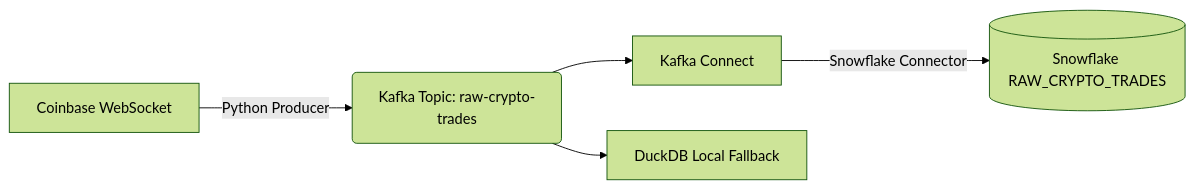
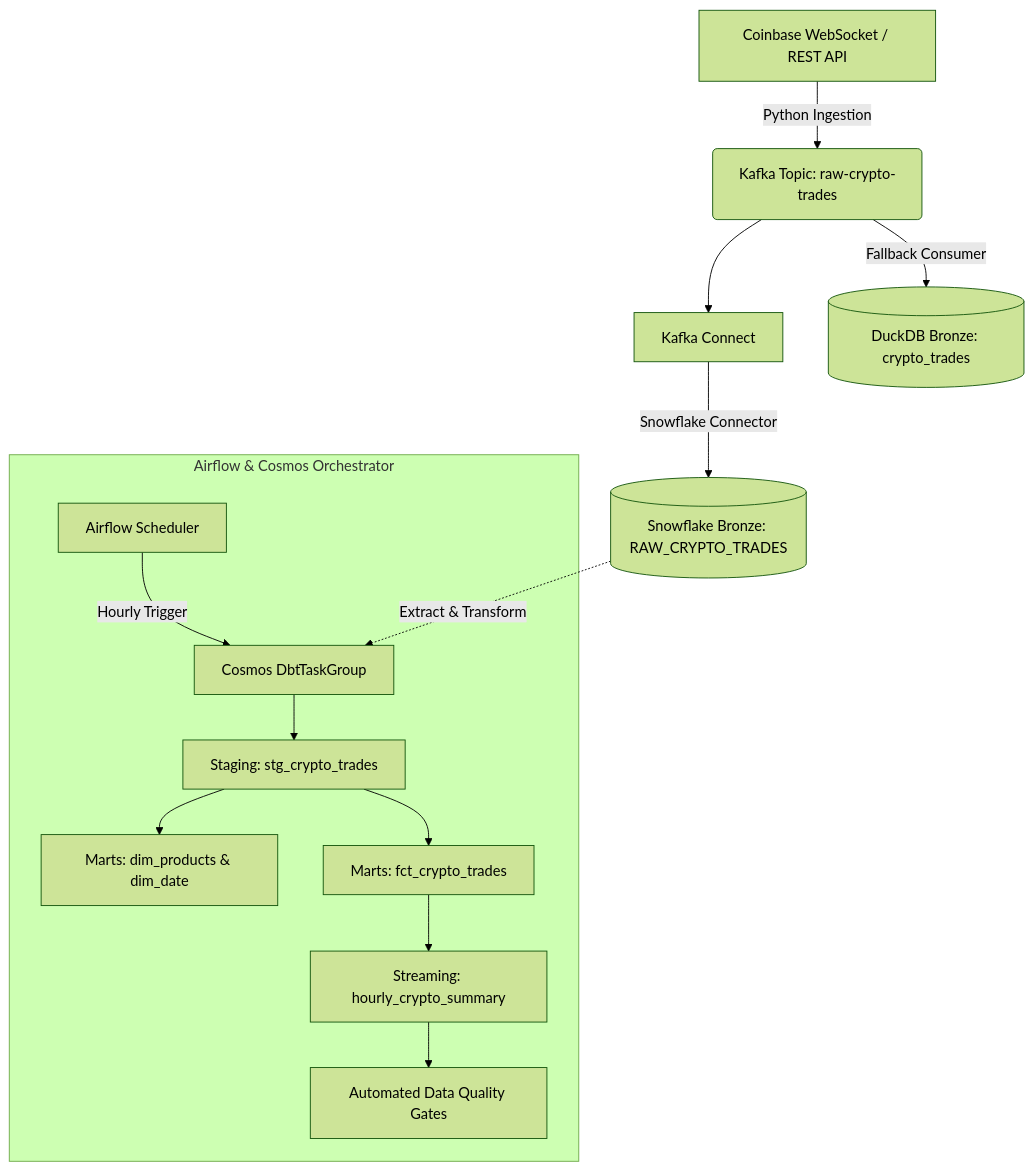
The diagram in README.md (StubbeAP/DataEngineeringProjects), drawn with Mermaid (forest theme) before and after one commit. The commit also changed other lines of this file and 62 other files, not shown here.

````diff
--- a/README.md
+++ b/README.md
@@ -7,7 +9,18 @@
 ```mermaid
-graph LR
-    A[Coinbase WebSocket] -->|Python Producer| B(Kafka Topic: raw-crypto-trades)
+graph TD
+    A[Coinbase WebSocket / REST API] -->|Python Ingestion| B(Kafka Topic: raw-crypto-trades)
     B --> C[Kafka Connect]
-    C -->|Snowflake Connector| D[(Snowflake RAW_CRYPTO_TRADES)]
-    B --> E[DuckDB Local Fallback]
+    C -->|Snowflake Connector| D[(Snowflake Bronze: RAW_CRYPTO_TRADES)]
+    B -->|Fallback Consumer| E[(DuckDB Bronze: crypto_trades)]
+    
+    subgraph Airflow & Cosmos Orchestrator
+        F[Airflow Scheduler] -->|Hourly Trigger| G[Cosmos DbtTaskGroup]
+        G --> H[Staging: stg_crypto_trades]
+        H --> I[Marts: dim_products & dim_date]
+        H --> J[Marts: fct_crypto_trades]
+        J --> K[Streaming: hourly_crypto_summary]
+        K --> L[Automated Data Quality Gates]
+    end
+    
+    D -.->|Extract & Transform| G
 ```
````
